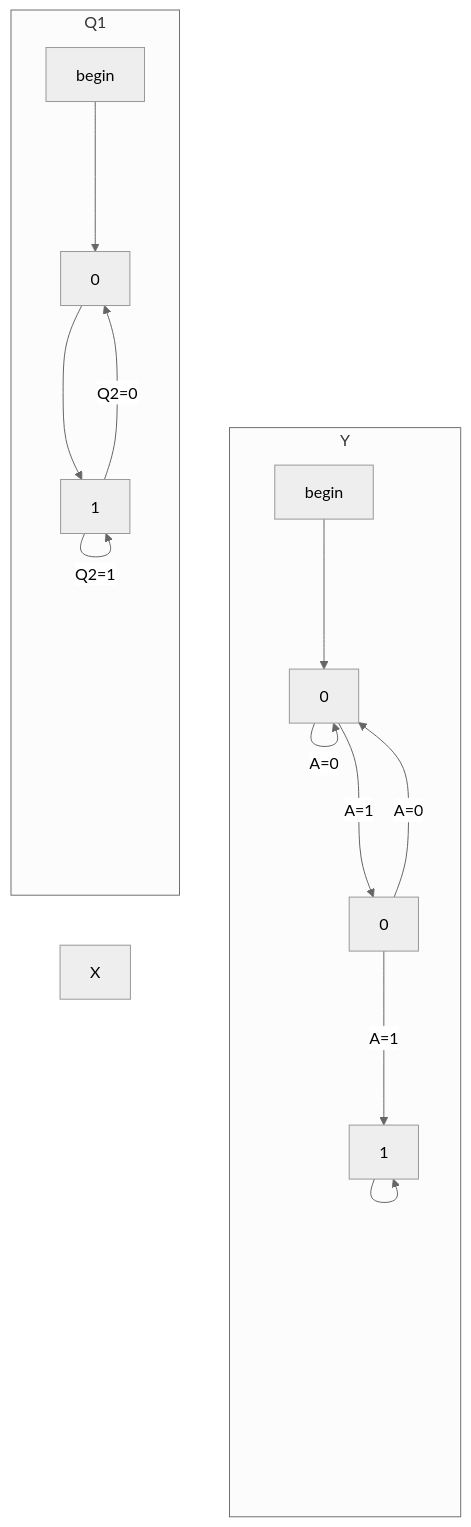
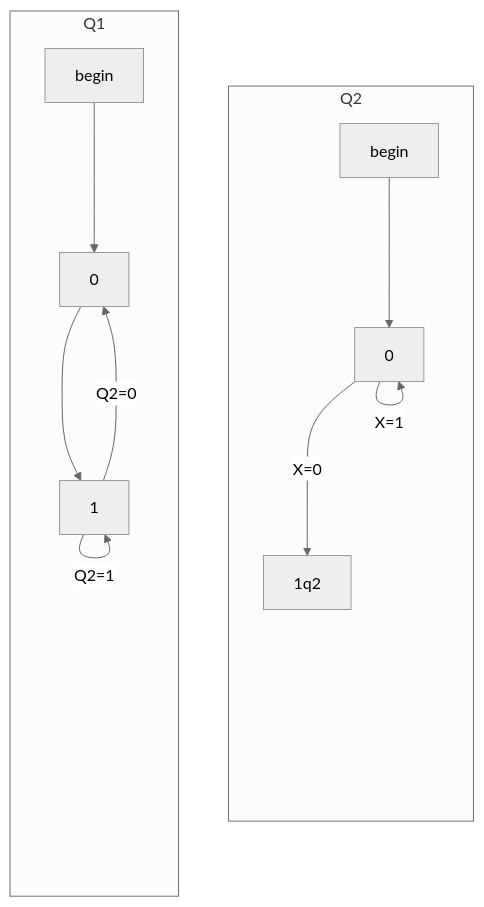
The second of 2 diagrams in CSDS 281 - Logic Design/HW/8/Tables.md (tnichols217/notes), drawn with Mermaid (neutral theme) before and after one commit.

Commit message:
vault backup: 2024-04-03 22:51:54

````diff
--- a/CSDS 281 - Logic Design/HW/8/Tables.md
+++ b/CSDS 281 - Logic Design/HW/8/Tables.md
@@ -27,18 +27,16 @@
 ```mermaid
 flowchart LR
 subgraph Q1
 beginq1[begin] ---> 0q1[0]
 0q1 ---> 1q1[1]
 1q1 --->|Q2=1| 1q1 
 1q1 --->|Q2=0| 0q1
 end
-X ~~~ Y
-subgraph Y
-beginy[begin] ---> 01y
-01y[0] --->|A=0| 01y
-01y --->|A=1| 02y[0]
-02y --->|A=0| 01y
-02y --->|A=1| 1y[1]
-1y ---> 1y
+Q1 ~~~ Q2
+subgraph Q2
+beginq2[begin] ---> 0q2[0]
+0q2 --->|X=0| 1q2
+0q2 --->|X=1| 0q2
+
 end
 ```
````
